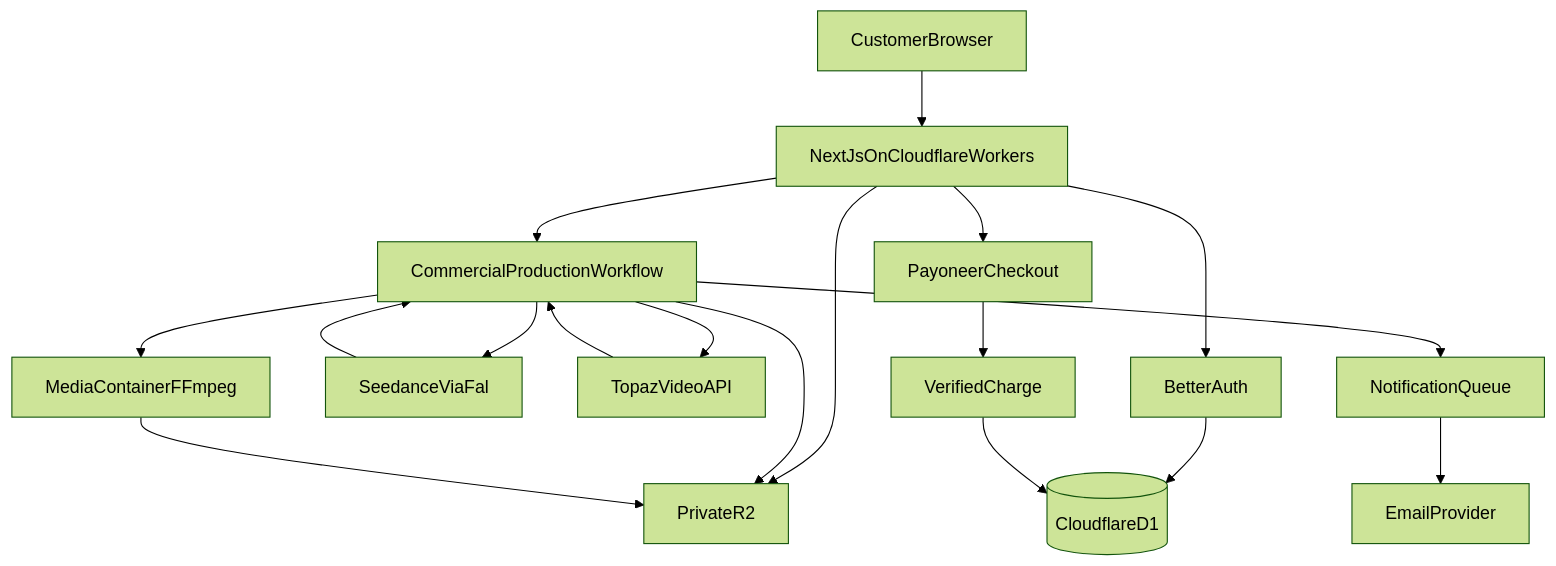
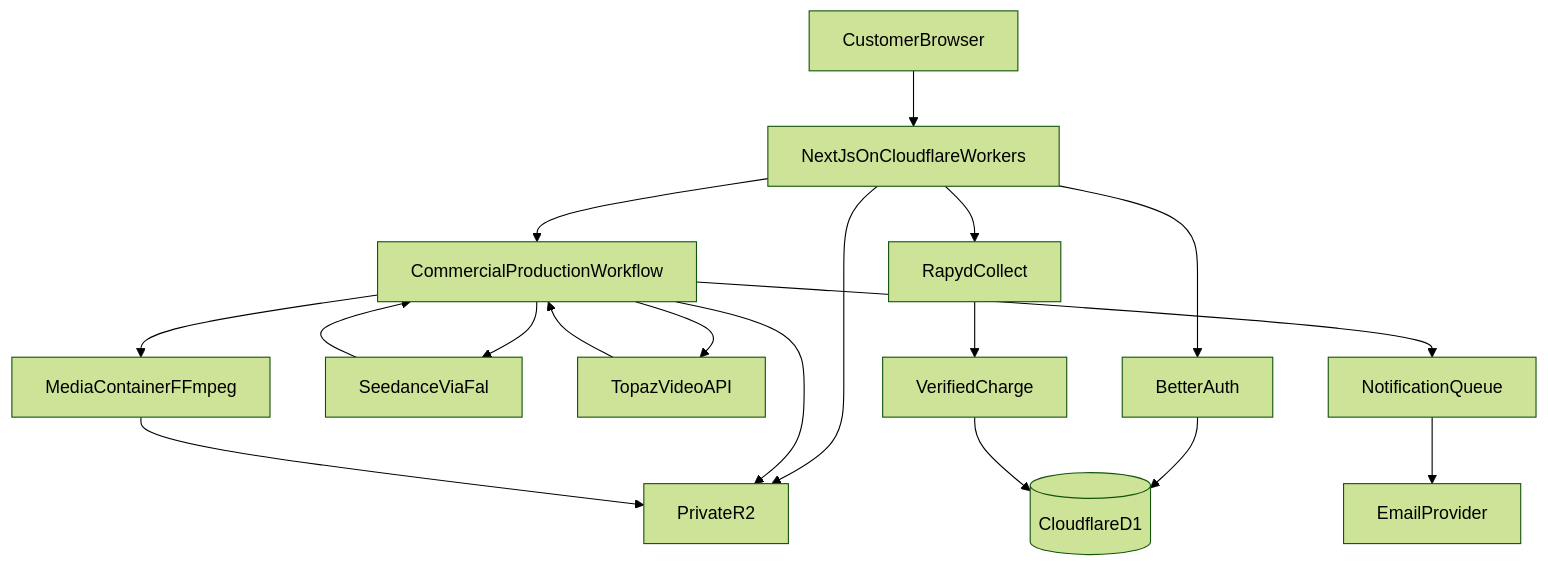
Before and after one commit to thewellmediahouse/Mybookyourbook: the diagram in docs/CINEYOU_ARCHITECTURE.md, drawn with Mermaid (forest theme). The commit also changed other lines of this file and 118 other files, not shown here.

````diff
--- a/docs/CINEYOU_ARCHITECTURE.md
+++ b/docs/CINEYOU_ARCHITECTURE.md
@@ -32,20 +32,20 @@
 ```mermaid
 flowchart TD
     A[CustomerBrowser] --> B[NextJsOnCloudflareWorkers]
     B --> C[BetterAuth]
     C --> D[(CloudflareD1)]
     B --> E[PrivateR2]
     B --> F[CommercialProductionWorkflow]
     F --> G[SeedanceViaFal]
     G --> F
     F --> E
     F --> H[TopazVideoAPI]
     H --> F
     F --> I[MediaContainerFFmpeg]
     I --> E
     F --> J[NotificationQueue]
     J --> K[EmailProvider]
-    B --> L[PayoneerCheckout]
+    B --> L[RapydCollect]
     L --> M[VerifiedCharge]
     M --> D
 ```
````
